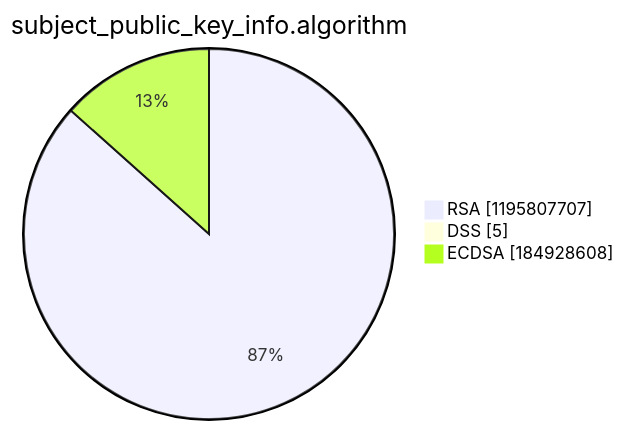
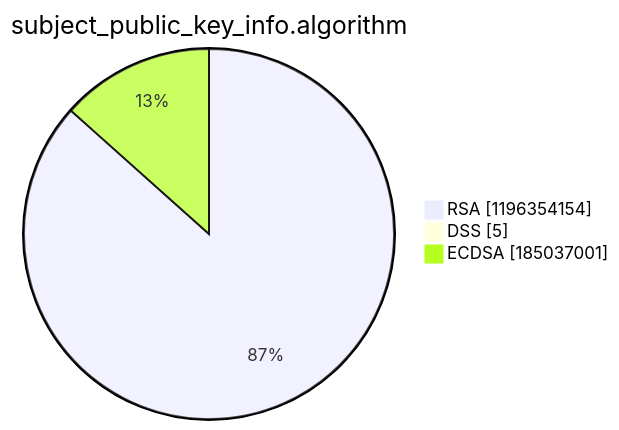
The third of 15 diagrams in argon2022/README.md (christiankrug/ctmonitor_visualization), drawn with Mermaid before and after one commit. The commit also changed other lines of this file, not shown here.

````diff
--- a/argon2022/README.md
+++ b/argon2022/README.md
@@ -14,7 +14,7 @@
 ```mermaid
 pie showData
 title subject_public_key_info.algorithm
-"RSA" :1195807707
+"RSA" :1196354154
 "DSS" :5
-"ECDSA" :184928608
+"ECDSA" :185037001
 ```
````
